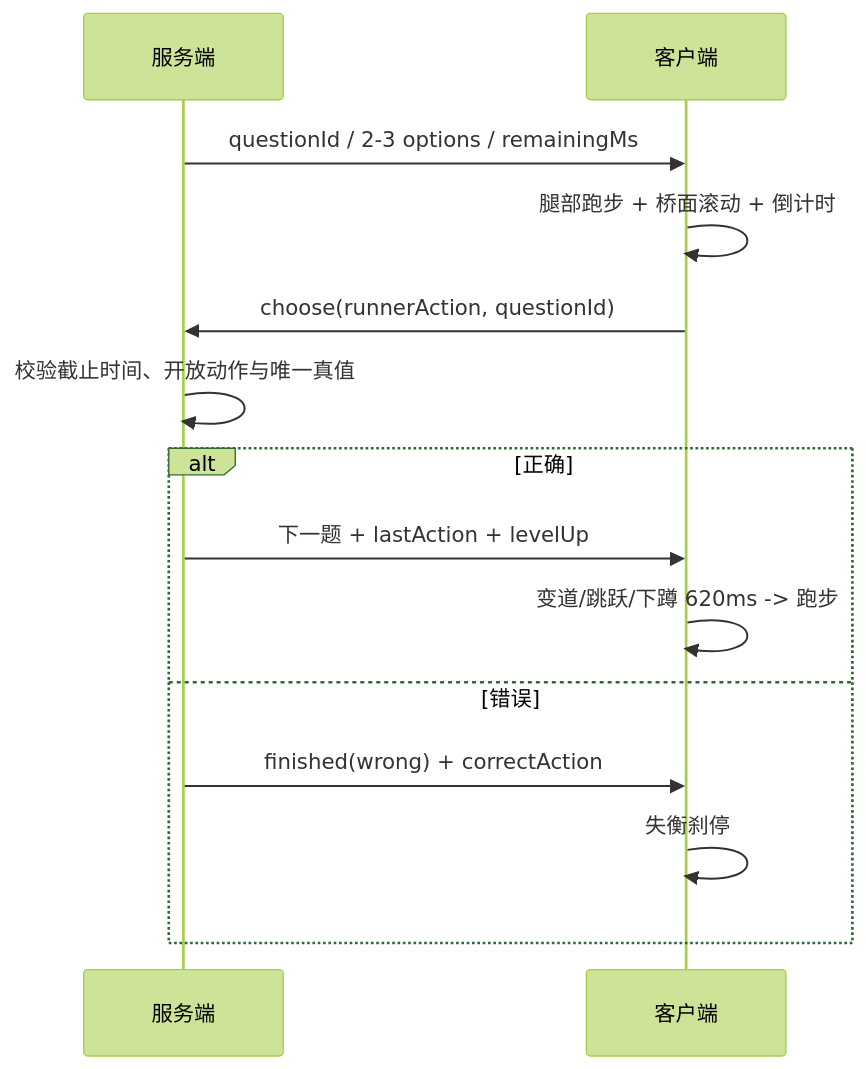
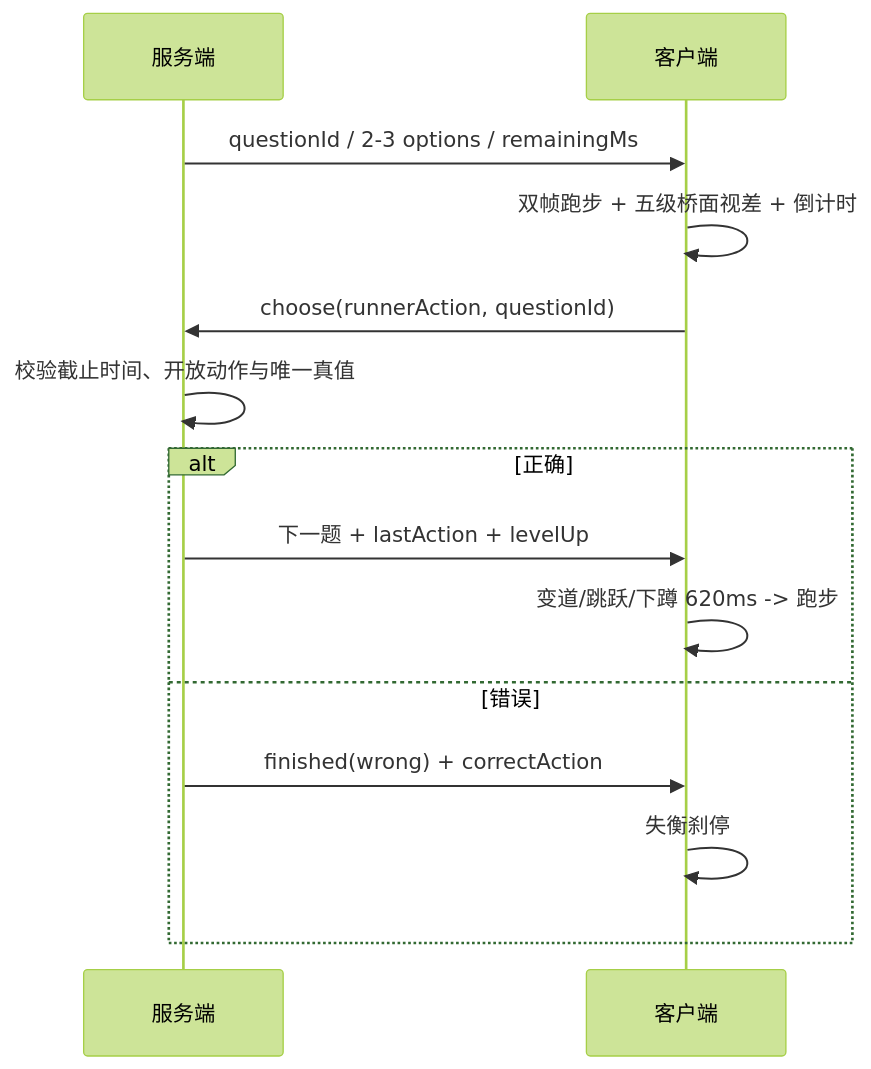
One commit to touourin/game-hall-community-games changed the diagram in plugin-math-runner/docs/ANIMATION_MODEL.md. Above: the diagram before and after it, drawn with Mermaid (forest theme). The commit also changed other lines of this file and 10 other files, not shown here.

````diff
--- a/plugin-math-runner/docs/ANIMATION_MODEL.md
+++ b/plugin-math-runner/docs/ANIMATION_MODEL.md
@@ -15,16 +15,16 @@
 ```mermaid
 sequenceDiagram
     participant S as 服务端
     participant C as 客户端
     S->>C: questionId / 2-3 options / remainingMs
-    C->>C: 腿部跑步 + 桥面滚动 + 倒计时
+        C->>C: 双帧跑步 + 五级桥面视差 + 倒计时
     C->>S: choose(runnerAction, questionId)
     S->>S: 校验截止时间、开放动作与唯一真值
     alt 正确
         S->>C: 下一题 + lastAction + levelUp
         C->>C: 变道/跳跃/下蹲 620ms -> 跑步
     else 错误
         S->>C: finished(wrong) + correctAction
         C->>C: 失衡刹停
     end
 ```
````
